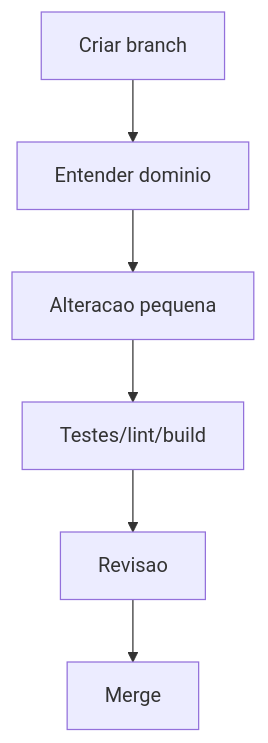
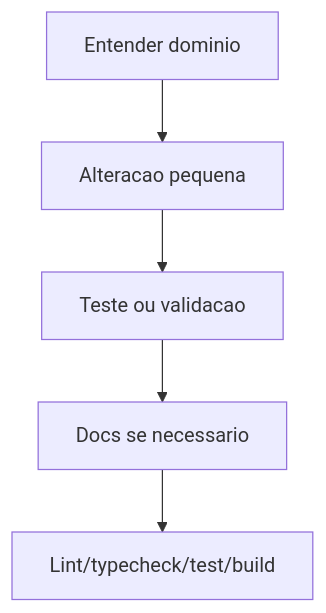
Before and after one commit to victorpessoa-dev/pascom-stream-view: the diagram in docs/guia-do-desenvolvedor.md, drawn with Mermaid. The commit also changed other lines of this file and 22 other files, not shown here.

````diff
--- a/docs/guia-do-desenvolvedor.md
+++ b/docs/guia-do-desenvolvedor.md
@@ -33,8 +40,7 @@
 ```mermaid
 flowchart TD
-  A[Criar branch] --> B[Entender dominio]
-  B --> C[Alteracao pequena]
-  C --> D[Testes/lint/build]
-  D --> E[Revisao]
-  E --> F[Merge]
+  A[Entender dominio] --> B[Alteracao pequena]
+  B --> C[Teste ou validacao]
+  C --> D[Docs se necessario]
+  D --> E[Lint/typecheck/test/build]
 ```
````
